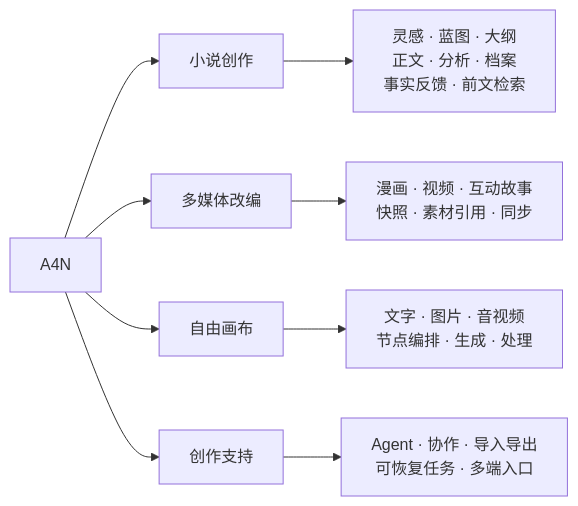
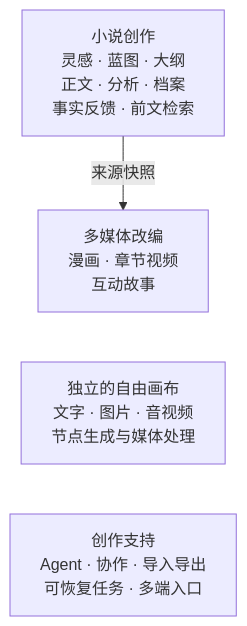
Before and after one commit to GTJasonMK/A4N: the first of 18 diagrams in README.md, drawn with Mermaid. The commit also changed other lines of this file and 2 other files, not shown here.

First line of the commit message:
docs: fix README diagram flows and mobile readability

````diff
--- a/README.md
+++ b/README.md
@@ -28,13 +28,9 @@
 ```mermaid
-flowchart LR
+flowchart TB
   accTitle: A4N 功能总览
-  accDescr: 四组能力分别覆盖小说写作、多媒体改编、自由画布和共享的创作支持。
-  A4N["A4N"] --> writing["小说创作"]
-  writing --> knowledge["灵感 · 蓝图 · 大纲<br/>正文 · 分析 · 档案<br/>事实反馈 · 前文检索"]
-  A4N --> adapted["多媒体改编"]
-  adapted --> works["漫画 · 视频 · 互动故事<br/>快照 · 素材引用 · 同步"]
-  A4N --> canvas["自由画布"]
-  canvas --> nodes["文字 · 图片 · 音视频<br/>节点编排 · 生成 · 处理"]
-  A4N --> platform["创作支持"]
-  platform --> tools["Agent · 协作 · 导入导出<br/>可恢复任务 · 多端入口"]
+  accDescr: 小说可通过来源快照派生漫画、章节视频和互动故事。自由画布是独立入口，另有 Agent、协作、导入导出及可恢复任务等支持能力；无连线的功能块不表示执行顺序。
+  writing["小说创作<br/>灵感 · 蓝图 · 大纲<br/>正文 · 分析 · 档案<br/>事实反馈 · 前文检索"]
+  writing -->|来源快照| adapted["多媒体改编<br/>漫画 · 章节视频<br/>互动故事"]
+  adapted ~~~ canvas["独立的自由画布<br/>文字 · 图片 · 音视频<br/>节点生成与媒体处理"]
+  canvas ~~~ tools["创作支持<br/>Agent · 协作 · 导入导出<br/>可恢复任务 · 多端入口"]
 ```
````
